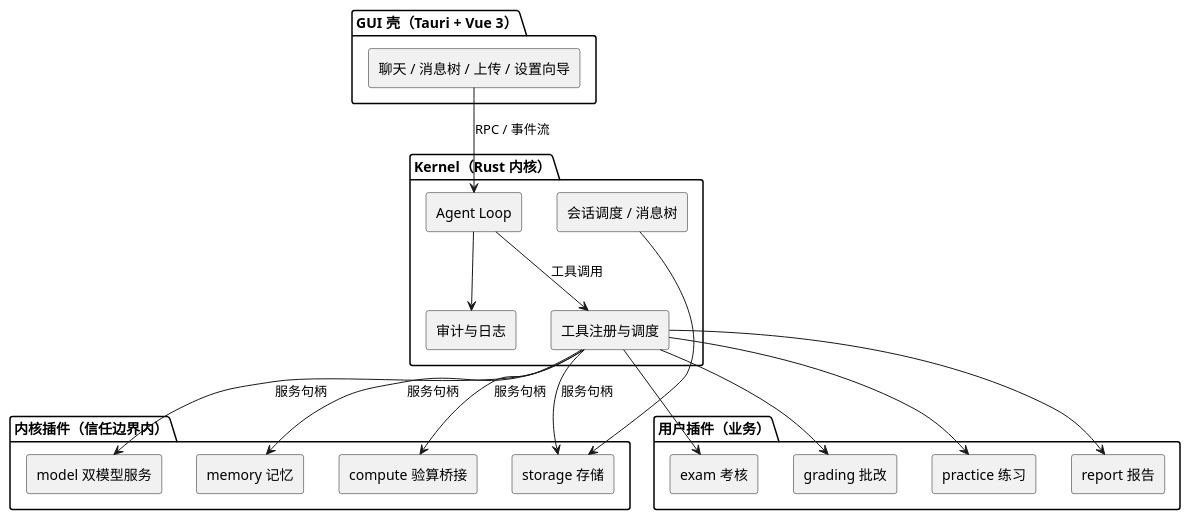
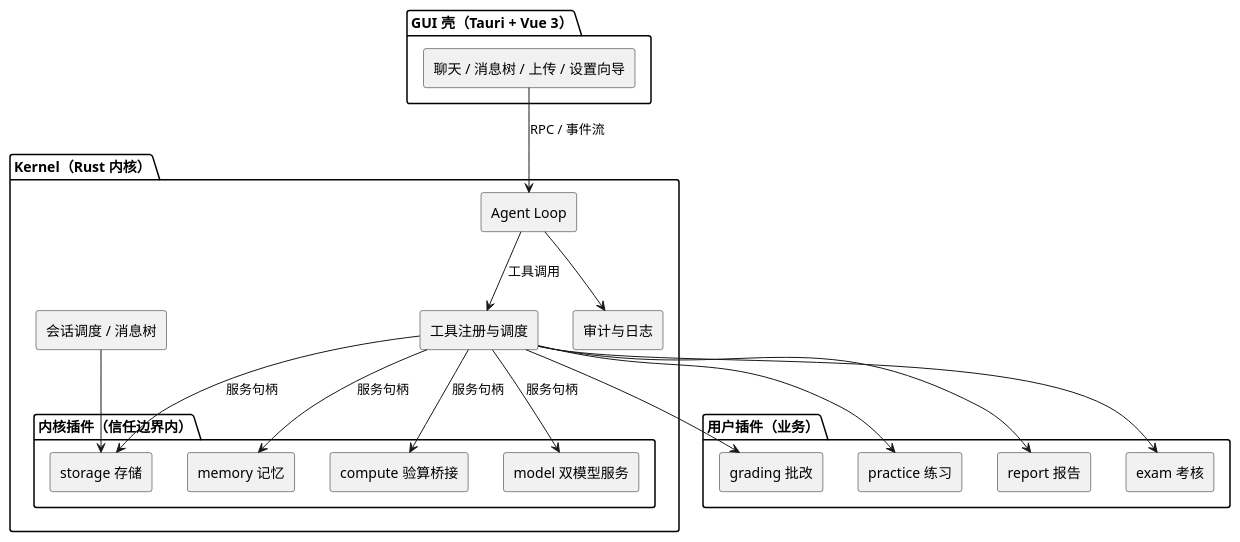
Before and after one commit to kanaD3-Chan/YMDG-BM.github.io: the diagram in src/study/agent-dev/prologue-from-langchain-to-kernel.md, drawn with PlantUML.

Commit message:
docs(agent-dev): 内核插件移入Kernel框内，与正文信任边界一致

```diff
--- a/src/study/agent-dev/prologue-from-langchain-to-kernel.md
+++ b/src/study/agent-dev/prologue-from-langchain-to-kernel.md
@@ -155,41 +155,41 @@
 @startuml 三层架构
 skinparam componentStyle rectangle
 
 package "GUI 壳（Tauri + Vue 3）" {
   [聊天 / 消息树 / 上传 / 设置向导] as gui
 }
 
 package "Kernel（Rust 内核）" {
   [Agent Loop] as loop
   [工具注册与调度] as registry
   [会话调度 / 消息树] as session
   [审计与日志] as audit
-}
 
-package "内核插件（信任边界内）" {
-  [storage 存储] as storage
-  [memory 记忆] as memory
-  [compute 验算桥接] as compute
-  [model 双模型服务] as model
+  package "内核插件（信任边界内）" {
+    [storage 存储] as storage
+    [memory 记忆] as memory
+    [compute 验算桥接] as compute
+    [model 双模型服务] as model
+  }
 }
 
 package "用户插件（业务）" {
   [grading 批改] as grading
   [practice 练习] as practice
   [report 报告] as report
   [exam 考核] as exam
 }
 
 gui --> loop : RPC / 事件流
 loop --> registry : 工具调用
 registry --> grading
 registry --> practice
 registry --> report
 registry --> exam
 registry --> storage : 服务句柄
 registry --> memory : 服务句柄
 registry --> compute : 服务句柄
 registry --> model : 服务句柄
 session --> storage
 loop --> audit
 @enduml
```
